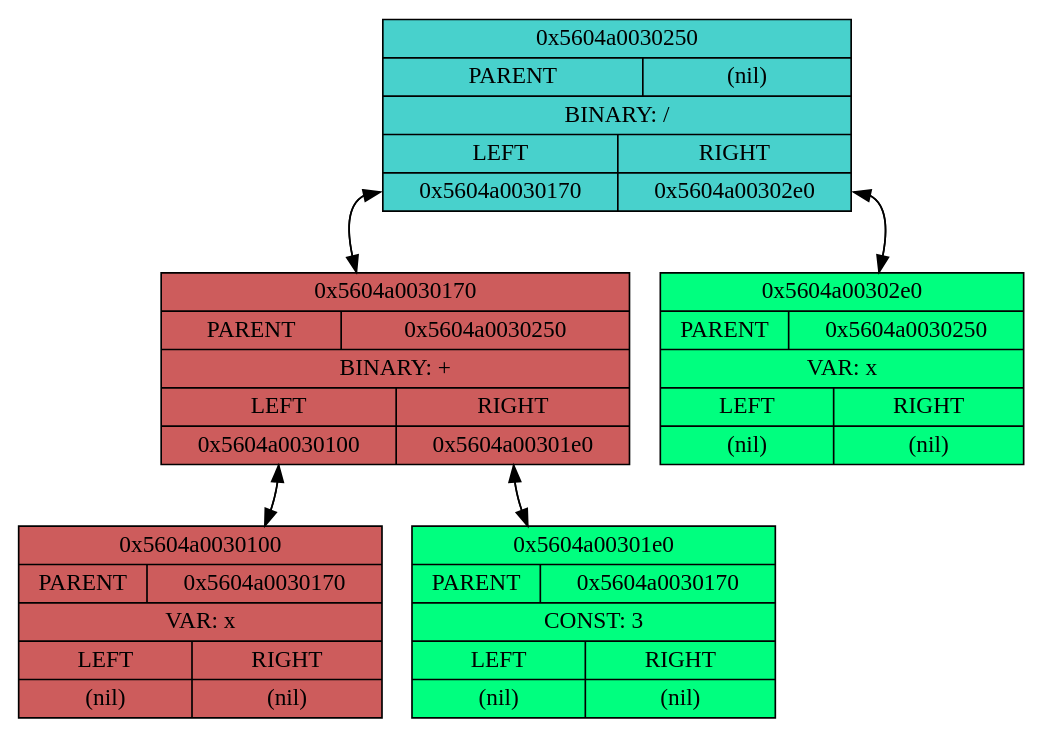
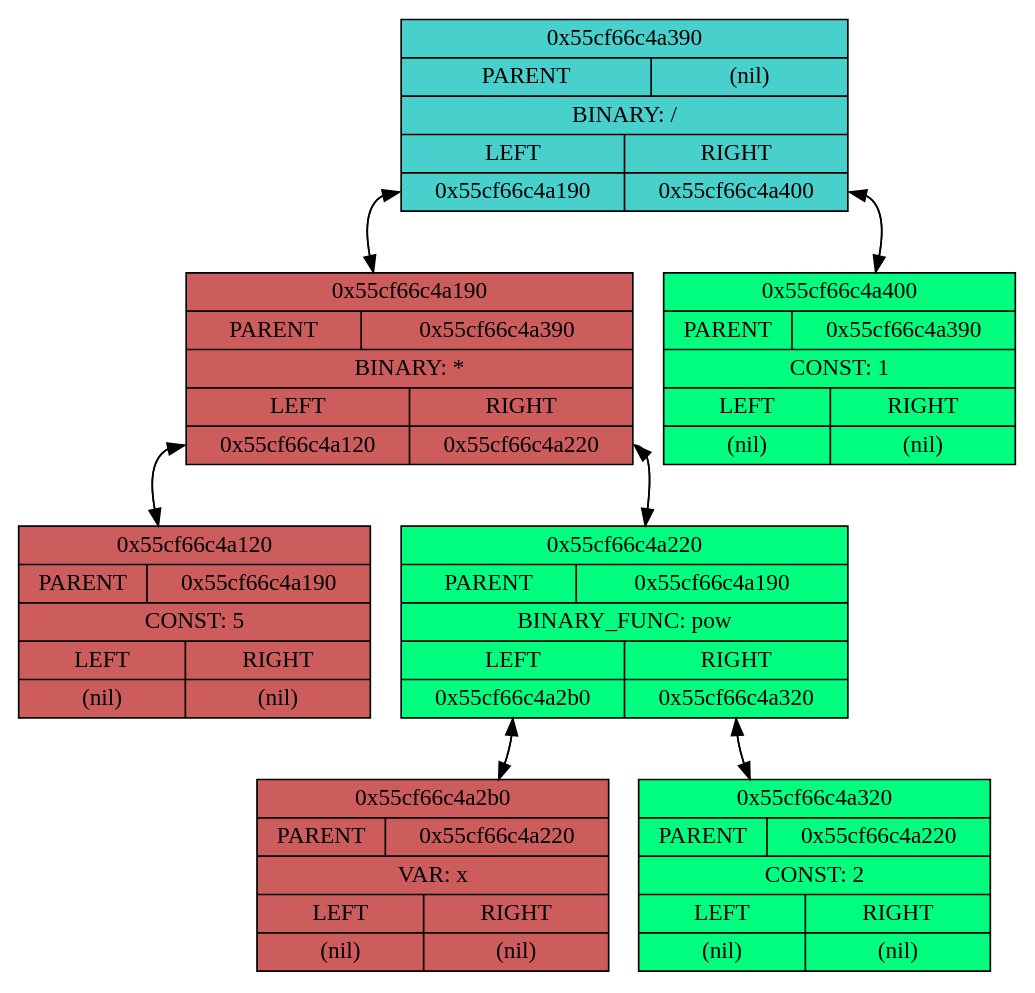
The diagram in cmake-build-debug/dump.dot (AlgebraicWolf/Differentiator), drawn with Graphviz before and after one commit. The commit also changed 30 other files, not shown here.

```diff
--- a/cmake-build-debug/dump.dot
+++ b/cmake-build-debug/dump.dot
@@ -1,16 +1,22 @@
 digraph {
 concentrate=true
-node0x5604a0030250[shape=record, label="{0x5604a0030250 | {PARENT|(nil)}| BINARY: / | {{LEFT |<left> 0x5604a0030170} | {RIGHT |<right> 0x5604a00302e0}}}", style=filled, fillcolor=mediumturquoise];
-node0x5604a0030170[shape=record, label="{0x5604a0030170 | {PARENT|0x5604a0030250}| BINARY: + | {{LEFT |<left> 0x5604a0030100} | {RIGHT |<right> 0x5604a00301e0}}}", style=filled, fillcolor=indianred];
-node0x5604a0030170 -> node0x5604a0030250:left;
-node0x5604a0030250:left -> node0x5604a0030170;
-node0x5604a0030100[shape=record, label="{0x5604a0030100 | {PARENT|0x5604a0030170}| VAR: x | {{LEFT |<left> (nil)} | {RIGHT |<right> (nil)}}}", style=filled, fillcolor=indianred];
-node0x5604a0030100 -> node0x5604a0030170:left;
-node0x5604a0030170:left -> node0x5604a0030100;
-node0x5604a00301e0[shape=record, label="{0x5604a00301e0 | {PARENT|0x5604a0030170}| CONST: 3 | {{LEFT |<left> (nil)} | {RIGHT |<right> (nil)}}}", style=filled, fillcolor=springgreen];
-node0x5604a00301e0 -> node0x5604a0030170:right;
-node0x5604a0030170:right -> node0x5604a00301e0;
-node0x5604a00302e0[shape=record, label="{0x5604a00302e0 | {PARENT|0x5604a0030250}| VAR: x | {{LEFT |<left> (nil)} | {RIGHT |<right> (nil)}}}", style=filled, fillcolor=springgreen];
-node0x5604a00302e0 -> node0x5604a0030250:right;
-node0x5604a0030250:right -> node0x5604a00302e0;
+node0x55cf66c4a390[shape=record, label="{0x55cf66c4a390 | {PARENT|(nil)}| BINARY: / | {{LEFT |<left> 0x55cf66c4a190} | {RIGHT |<right> 0x55cf66c4a400}}}", style=filled, fillcolor=mediumturquoise];
+node0x55cf66c4a190[shape=record, label="{0x55cf66c4a190 | {PARENT|0x55cf66c4a390}| BINARY: * | {{LEFT |<left> 0x55cf66c4a120} | {RIGHT |<right> 0x55cf66c4a220}}}", style=filled, fillcolor=indianred];
+node0x55cf66c4a190 -> node0x55cf66c4a390:left;
+node0x55cf66c4a390:left -> node0x55cf66c4a190;
+node0x55cf66c4a120[shape=record, label="{0x55cf66c4a120 | {PARENT|0x55cf66c4a190}| CONST: 5 | {{LEFT |<left> (nil)} | {RIGHT |<right> (nil)}}}", style=filled, fillcolor=indianred];
+node0x55cf66c4a120 -> node0x55cf66c4a190:left;
+node0x55cf66c4a190:left -> node0x55cf66c4a120;
+node0x55cf66c4a220[shape=record, label="{0x55cf66c4a220 | {PARENT|0x55cf66c4a190}| BINARY_FUNC: pow | {{LEFT |<left> 0x55cf66c4a2b0} | {RIGHT |<right> 0x55cf66c4a320}}}", style=filled, fillcolor=springgreen];
+node0x55cf66c4a220 -> node0x55cf66c4a190:right;
+node0x55cf66c4a190:right -> node0x55cf66c4a220;
+node0x55cf66c4a2b0[shape=record, label="{0x55cf66c4a2b0 | {PARENT|0x55cf66c4a220}| VAR: x | {{LEFT |<left> (nil)} | {RIGHT |<right> (nil)}}}", style=filled, fillcolor=indianred];
+node0x55cf66c4a2b0 -> node0x55cf66c4a220:left;
+node0x55cf66c4a220:left -> node0x55cf66c4a2b0;
+node0x55cf66c4a320[shape=record, label="{0x55cf66c4a320 | {PARENT|0x55cf66c4a220}| CONST: 2 | {{LEFT |<left> (nil)} | {RIGHT |<right> (nil)}}}", style=filled, fillcolor=springgreen];
+node0x55cf66c4a320 -> node0x55cf66c4a220:right;
+node0x55cf66c4a220:right -> node0x55cf66c4a320;
+node0x55cf66c4a400[shape=record, label="{0x55cf66c4a400 | {PARENT|0x55cf66c4a390}| CONST: 1 | {{LEFT |<left> (nil)} | {RIGHT |<right> (nil)}}}", style=filled, fillcolor=springgreen];
+node0x55cf66c4a400 -> node0x55cf66c4a390:right;
+node0x55cf66c4a390:right -> node0x55cf66c4a400;
 }
```
